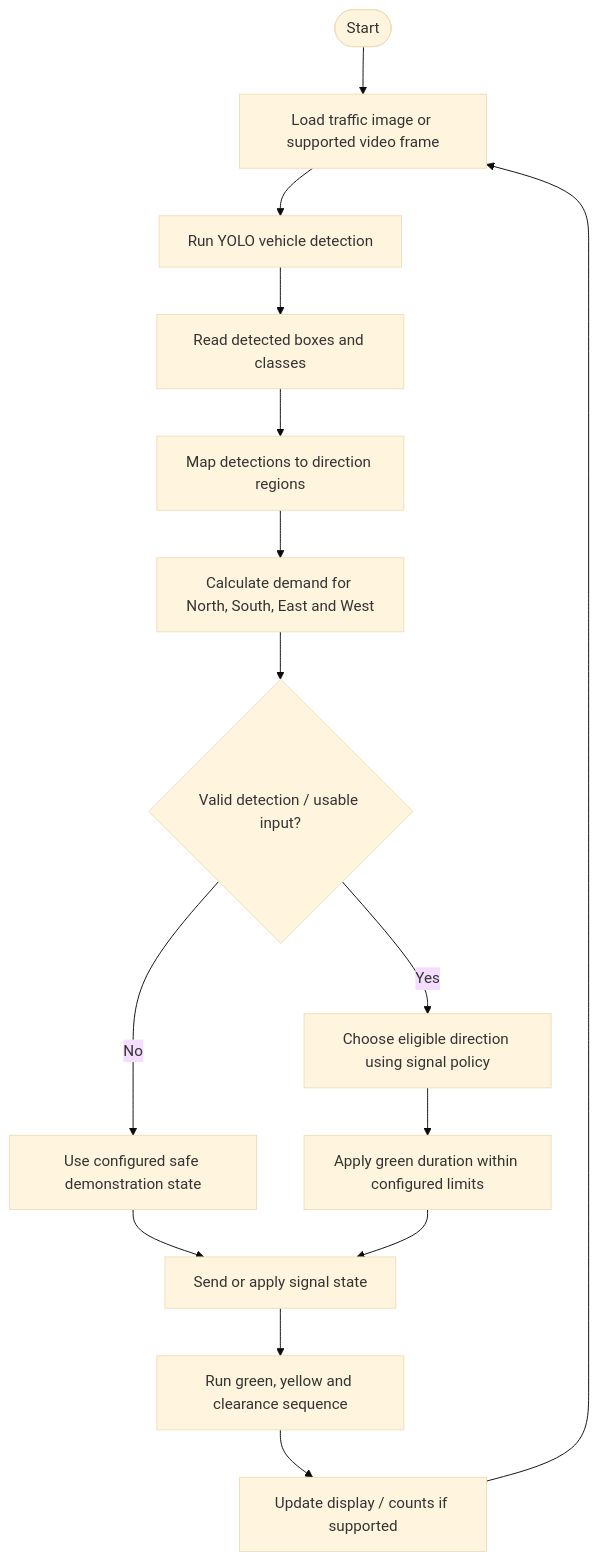
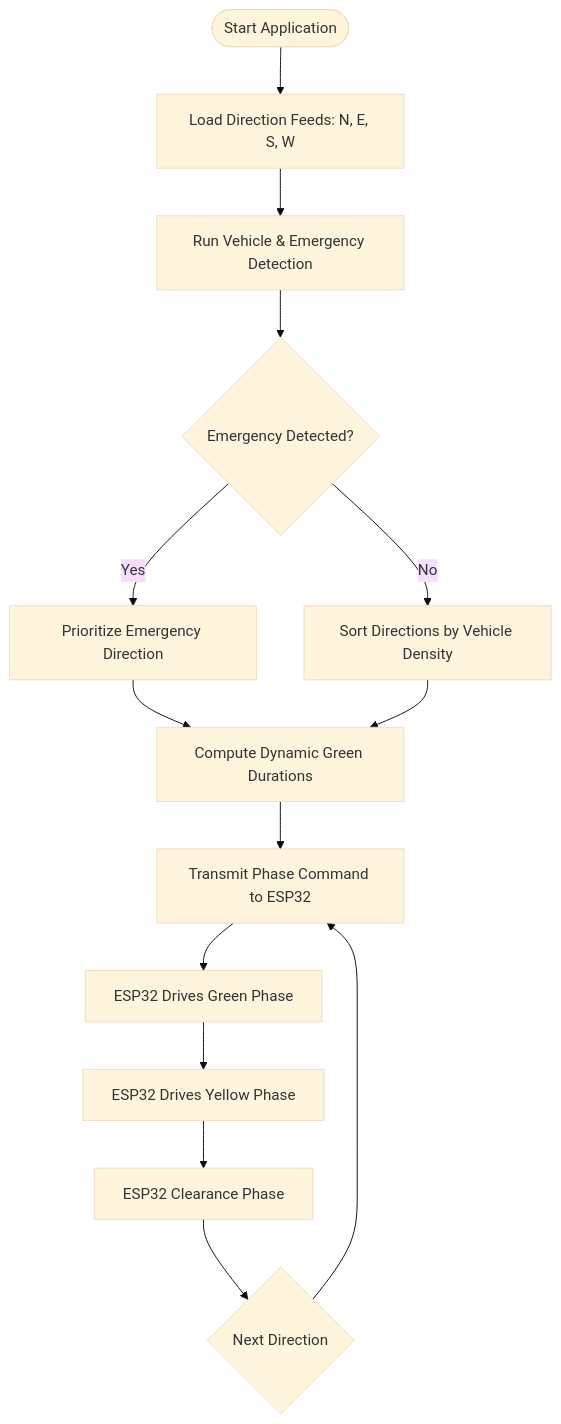
The second of 3 diagrams in README.md (Gurugvs/AI-Traffic-Signal-Control-IoT), drawn with Mermaid (base theme) before and after one commit. The commit also changed other lines of this file, not shown here.

````diff
--- a/README.md
+++ b/README.md
@@ -110,17 +100,16 @@
 ```mermaid
 flowchart TD
-    S([Start]) --> A[Load traffic image or supported video frame]
-    A --> B[Run YOLO vehicle detection]
-    B --> C[Read detected boxes and classes]
-    C --> D[Map detections to direction regions]
-    D --> E[Calculate demand for North, South, East and West]
-    E --> F{Valid detection / usable input?}
-    F -- No --> G[Use configured safe demonstration state]
-    F -- Yes --> H[Choose eligible direction using signal policy]
-    H --> I[Apply green duration within configured limits]
-    G --> J[Send or apply signal state]
-    I --> J
-    J --> K[Run green, yellow and clearance sequence]
-    K --> L[Update display / counts if supported]
-    L --> A
+    S([Start Application]) --> A[Load Direction Feeds: N, E, S, W]
+    A --> B[Run Vehicle & Emergency Detection]
+    B --> C{Emergency Detected?}
+    C -- Yes --> D[Prioritize Emergency Direction]
+    C -- No --> E[Sort Directions by Vehicle Density]
+    D --> F[Compute Dynamic Green Durations]
+    E --> F
+    F --> G[Transmit Phase Command to ESP32]
+    G --> H[ESP32 Drives Green Phase]
+    H --> I[ESP32 Drives Yellow Phase]
+    I --> J[ESP32 Clearance Phase]
+    J --> K{Next Direction}
+    K --> G
 ```
````
